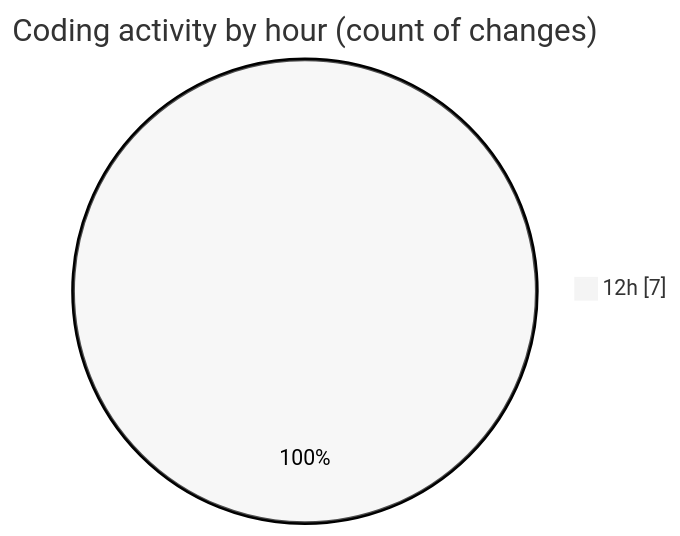
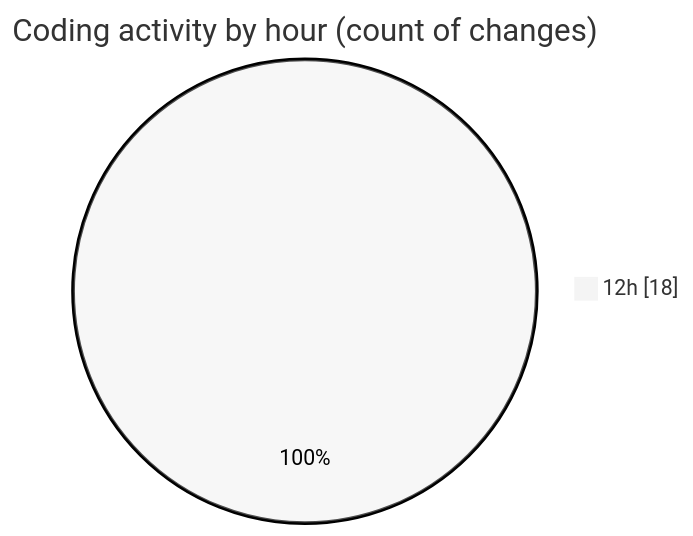
One commit to Netris89/code-tracking changed the second of 2 diagrams in 2025-05-04/date/README.md. Above: the diagram before and after it, drawn with Mermaid (neutral theme). The commit also changed other lines of this file and 1 other file, not shown here.

````diff
--- a/2025-05-04/date/README.md
+++ b/2025-05-04/date/README.md
@@ -32,5 +34,5 @@
 ```mermaid
 pie showData
 title Coding activity by hour (count of changes)
-"12h" : 7
+"12h" : 18
 ```
````
